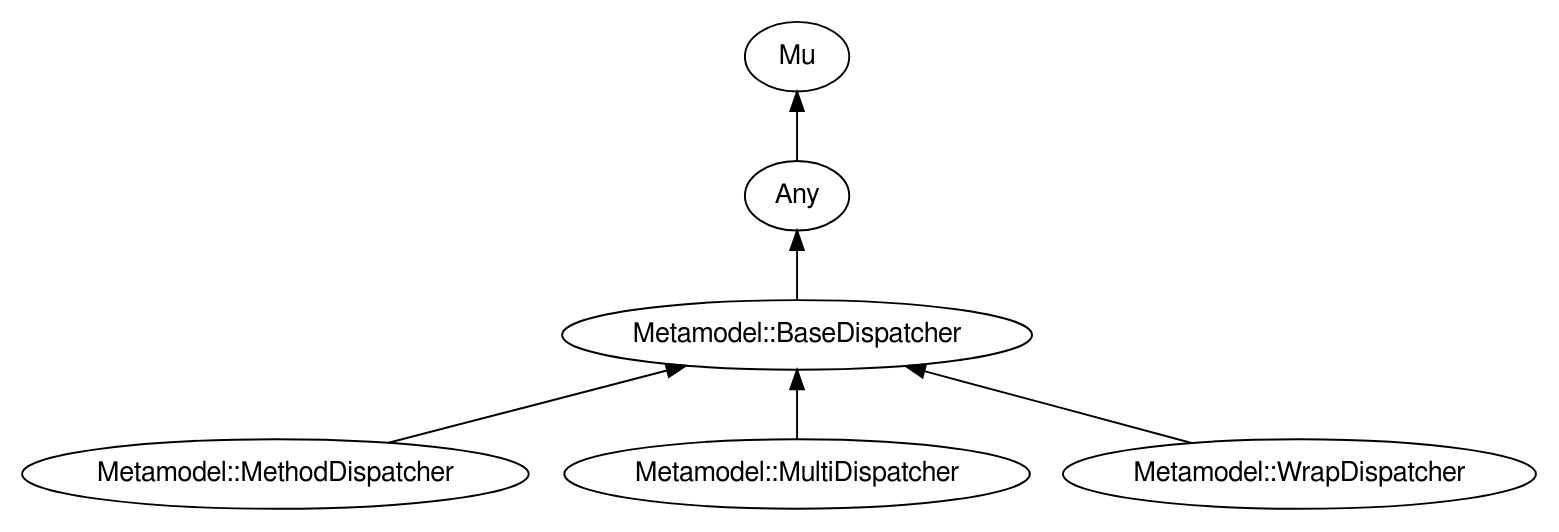
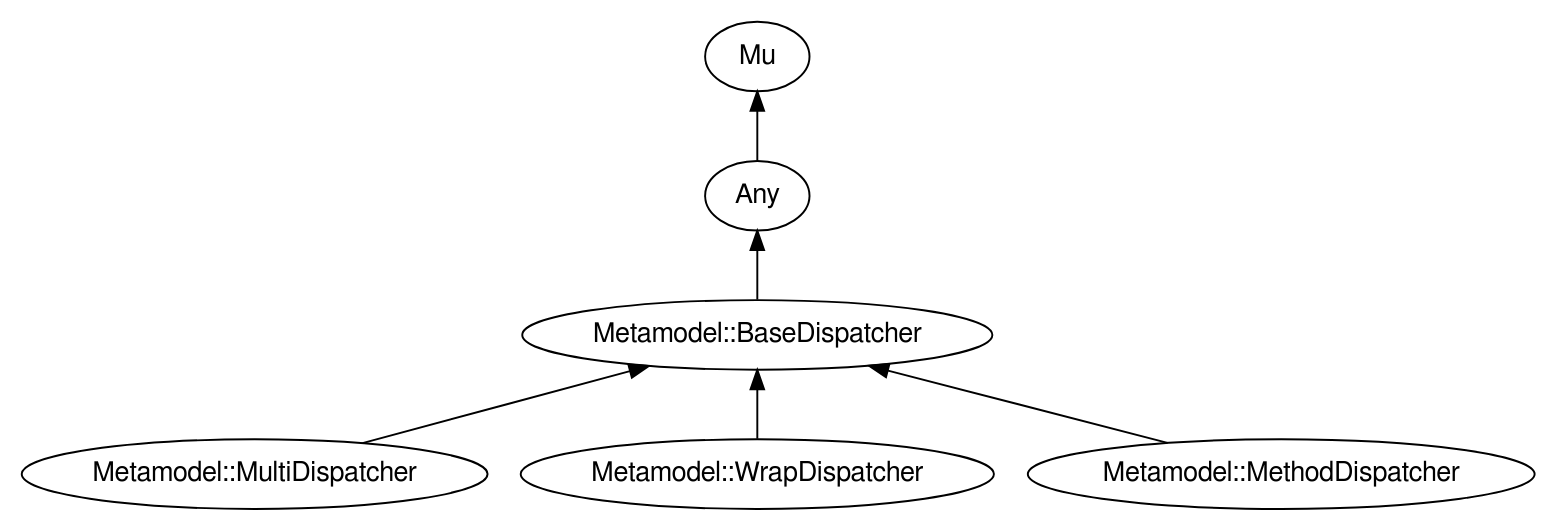
The diagram in images/type-graph-Metamodel::BaseDispatcher.svg.dot (perl6docs/perl6docs.github.io), drawn with Graphviz before and after one commit. The commit also changed other lines of this file and 4422 other files, not shown here.

```diff
--- a/images/type-graph-Metamodel::BaseDispatcher.svg.dot
+++ b/images/type-graph-Metamodel::BaseDispatcher.svg.dot
@@ -1,21 +1,21 @@
 digraph "perl6-type-graph" {
     rankdir=BT;
     splines=polyline;
     overlap=false; 
     // Types
     "Metamodel::BaseDispatcher" [color="#000000", fontcolor="#000000", href="/type/Metamodel::BaseDispatcher", fontname="FreeSans"];
     "Mu" [color="#000000", fontcolor="#000000", href="/type/Mu", fontname="FreeSans"];
     "Any" [color="#000000", fontcolor="#000000", href="/type/Any", fontname="FreeSans"];
-    "Metamodel::MethodDispatcher" [color="#000000", fontcolor="#000000", href="/type/Metamodel::MethodDispatcher", fontname="FreeSans"];
     "Metamodel::MultiDispatcher" [color="#000000", fontcolor="#000000", href="/type/Metamodel::MultiDispatcher", fontname="FreeSans"];
     "Metamodel::WrapDispatcher" [color="#000000", fontcolor="#000000", href="/type/Metamodel::WrapDispatcher", fontname="FreeSans"];
+    "Metamodel::MethodDispatcher" [color="#000000", fontcolor="#000000", href="/type/Metamodel::MethodDispatcher", fontname="FreeSans"];
 
     // Superclasses
     "Metamodel::BaseDispatcher" -> "Any" [color="#000000"];
     "Any" -> "Mu" [color="#000000"];
-    "Metamodel::MethodDispatcher" -> "Metamodel::BaseDispatcher" [color="#000000"];
     "Metamodel::MultiDispatcher" -> "Metamodel::BaseDispatcher" [color="#000000"];
     "Metamodel::WrapDispatcher" -> "Metamodel::BaseDispatcher" [color="#000000"];
+    "Metamodel::MethodDispatcher" -> "Metamodel::BaseDispatcher" [color="#000000"];
 
     // Roles
 }
```
